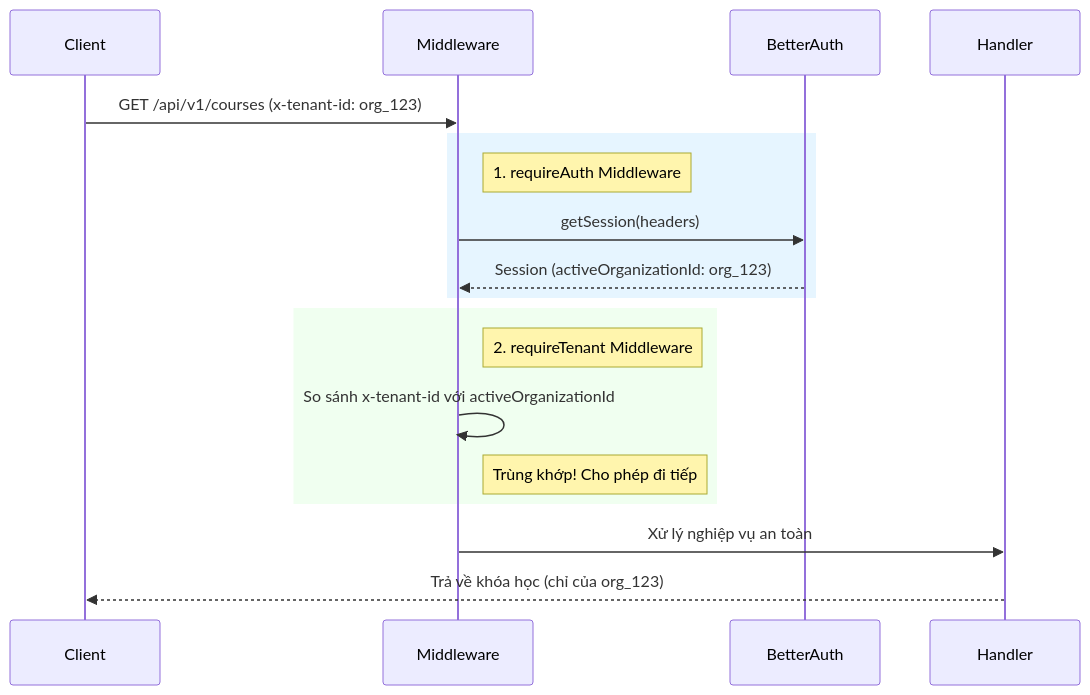
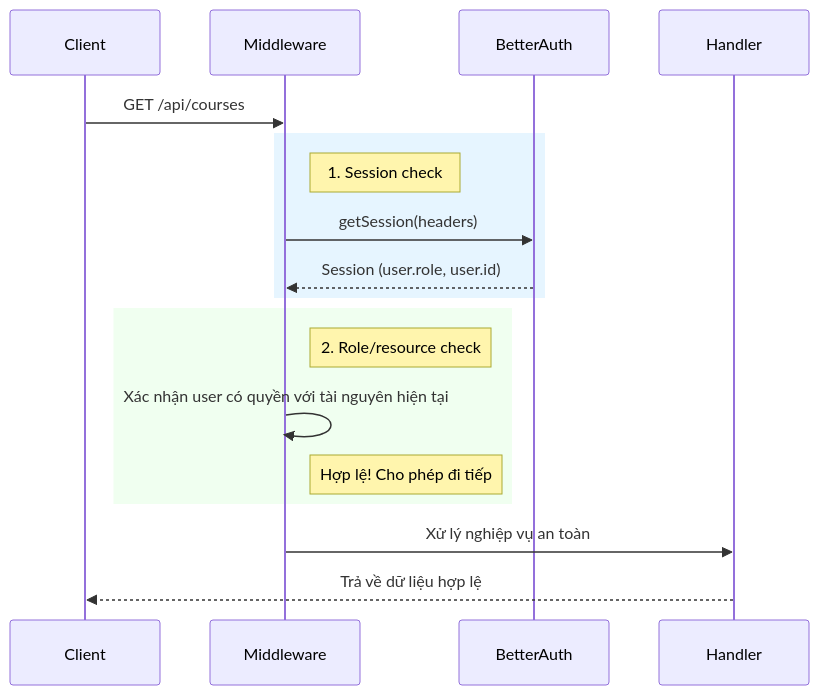
The second of 2 diagrams in docs/technical/backend/hono_guide.md (lgdlong/chatbot-rag-fptu-sdn), drawn with Mermaid before and after one commit. The commit also changed other lines of this file and 25 other files, not shown here.

Commit message:
docs: cập nhật tài liệu srs, api, technical, operations và bổ sung hướng dẫn onboarding

````diff
--- a/docs/technical/backend/hono_guide.md
+++ b/docs/technical/backend/hono_guide.md
@@ -66,16 +66,16 @@
 ```mermaid
 sequenceDiagram
-    Client->>Middleware: GET /api/v1/courses (x-tenant-id: org_123)
+    Client->>Middleware: GET /api/courses
     rect rgb(230, 245, 255)
-        note right of Middleware: 1. requireAuth Middleware
+        note right of Middleware: 1. Session check
         Middleware->>BetterAuth: getSession(headers)
-        BetterAuth-->>Middleware: Session (activeOrganizationId: org_123)
+        BetterAuth-->>Middleware: Session (user.role, user.id)
     end
     rect rgb(240, 255, 240)
-        note right of Middleware: 2. requireTenant Middleware
-        Middleware->>Middleware: So sánh x-tenant-id với activeOrganizationId
-        note right of Middleware: Trùng khớp! Cho phép đi tiếp
+        note right of Middleware: 2. Role/resource check
+        Middleware->>Middleware: Xác nhận user có quyền với tài nguyên hiện tại
+        note right of Middleware: Hợp lệ! Cho phép đi tiếp
     end
     Middleware->>Handler: Xử lý nghiệp vụ an toàn
-    Handler-->>Client: Trả về khóa học (chỉ của org_123)
+    Handler-->>Client: Trả về dữ liệu hợp lệ
 ```
````
